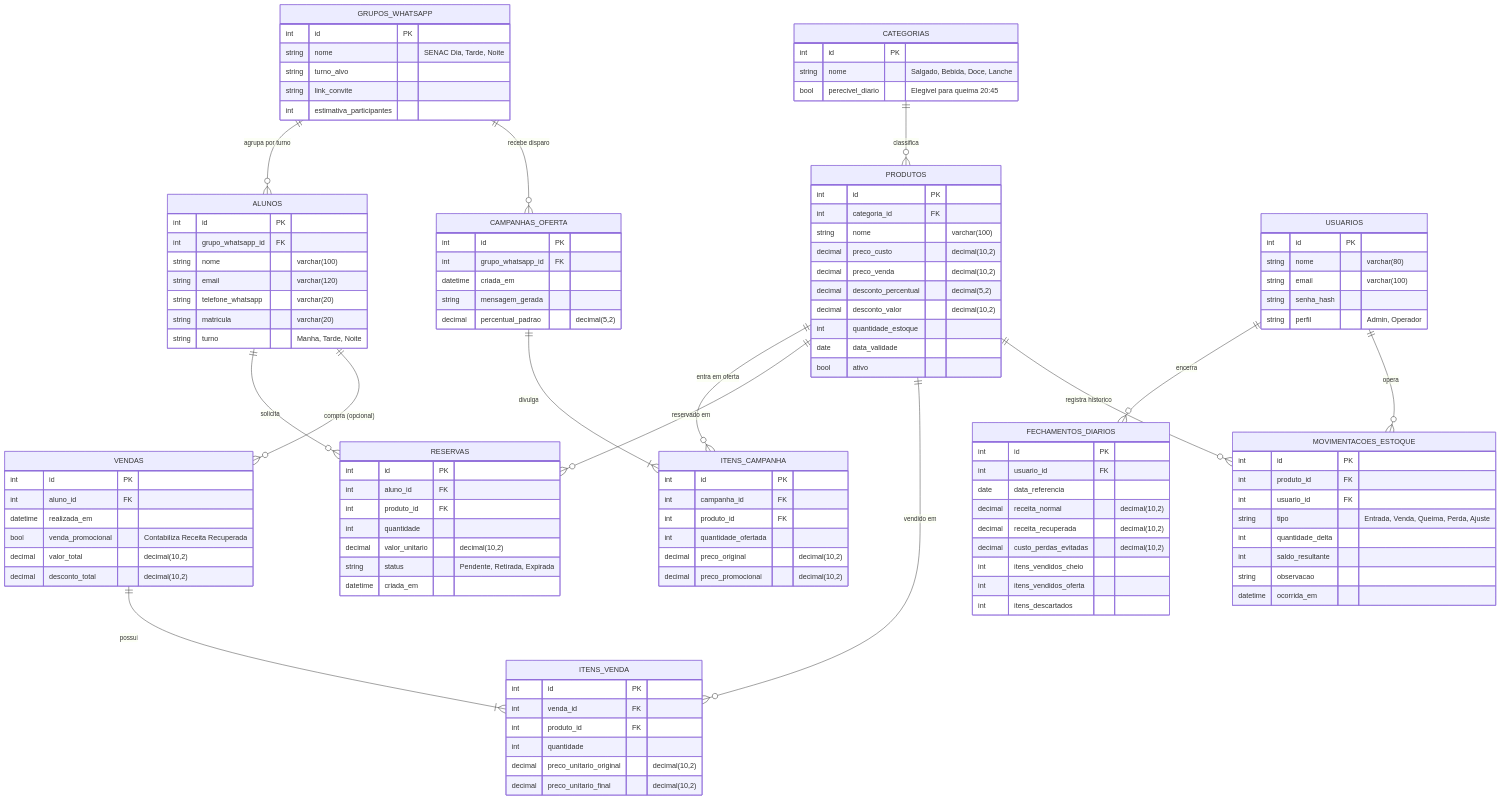
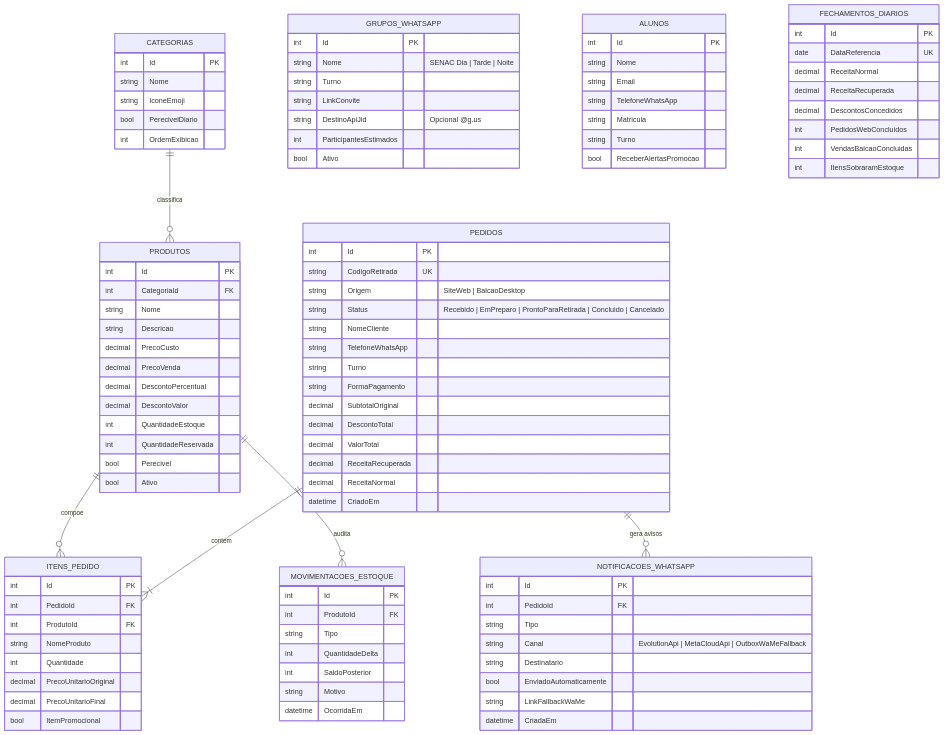
The third of 3 diagrams in README.md (Digooow/Projeto-Integrador-SENAC-JOINVILLE), drawn with Mermaid before and after one commit. The commit also changed other lines of this file and 94 other files, not shown here.

Commit message:
feat: evolve to Clean Architecture with Web Storefront, WhatsApp gateway, WPF Backoffice, and free cloud deploy

````diff
--- a/README.md
+++ b/README.md
@@ -242,129 +156,111 @@
 ```mermaid
 erDiagram
     CATEGORIAS ||--o{ PRODUTOS : "classifica"
-    PRODUTOS ||--o{ MOVIMENTACOES_ESTOQUE : "registra historico"
-    PRODUTOS ||--o{ ITENS_VENDA : "vendido em"
-    PRODUTOS ||--o{ RESERVAS : "reservado em"
-    PRODUTOS ||--o{ ITENS_CAMPANHA : "entra em oferta"
-    VENDAS ||--|{ ITENS_VENDA : "possui"
-    ALUNOS ||--o{ VENDAS : "compra (opcional)"
-    ALUNOS ||--o{ RESERVAS : "solicita"
-    GRUPOS_WHATSAPP ||--o{ CAMPANHAS_OFERTA : "recebe disparo"
-    GRUPOS_WHATSAPP ||--o{ ALUNOS : "agrupa por turno"
-    CAMPANHAS_OFERTA ||--|{ ITENS_CAMPANHA : "divulga"
-    USUARIOS ||--o{ MOVIMENTACOES_ESTOQUE : "opera"
-    USUARIOS ||--o{ FECHAMENTOS_DIARIOS : "encerra"
+    PRODUTOS ||--o{ ITENS_PEDIDO : "compoe"
+    PRODUTOS ||--o{ MOVIMENTACOES_ESTOQUE : "audita"
+    PEDIDOS ||--|{ ITENS_PEDIDO : "contem"
+    PEDIDOS ||--o{ NOTIFICACOES_WHATSAPP : "gera avisos"
 
     CATEGORIAS {
-        int id PK
-        string nome "Salgado, Bebida, Doce, Lanche"
-        bool perecivel_diario "Elegivel para queima 20:45"
+        int Id PK
+        string Nome
+        string IconeEmoji
+        bool PerecivelDiario
+        int OrdemExibicao
     }
 
     PRODUTOS {
-        int id PK
-        int categoria_id FK
-        string nome "varchar(100)"
-        decimal preco_custo "decimal(10,2)"
-        decimal preco_venda "decimal(10,2)"
-        decimal desconto_percentual "decimal(5,2)"
-        decimal desconto_valor "decimal(10,2)"
-        int quantidade_estoque
-        date data_validade
-        bool ativo
+        int Id PK
+        int CategoriaId FK
+        string Nome
+        string Descricao
+        decimal PrecoCusto
+        decimal PrecoVenda
+        decimal DescontoPercentual
+        decimal DescontoValor
+        int QuantidadeEstoque
+        int QuantidadeReservada
+        bool Perecivel
+        bool Ativo
+    }
+
+    PEDIDOS {
+        int Id PK
+        string CodigoRetirada UK
+        string Origem "SiteWeb | BalcaoDesktop"
+        string Status "Recebido | EmPreparo | ProntoParaRetirada | Concluido | Cancelado"
+        string NomeCliente
+        string TelefoneWhatsApp
+        string Turno
+        string FormaPagamento
+        decimal SubtotalOriginal
+        decimal DescontoTotal
+        decimal ValorTotal
+        decimal ReceitaRecuperada
+        decimal ReceitaNormal
+        datetime CriadoEm
+    }
+
+    ITENS_PEDIDO {
+        int Id PK
+        int PedidoId FK
+        int ProdutoId FK
+        string NomeProduto
+        int Quantidade
+        decimal PrecoUnitarioOriginal
+        decimal PrecoUnitarioFinal
+        bool ItemPromocional
+    }
+
+    GRUPOS_WHATSAPP {
+        int Id PK
+        string Nome "SENAC Dia | Tarde | Noite"
+        string Turno
+        string LinkConvite
+        string DestinoApiJid "Opcional @g.us"
+        int ParticipantesEstimados
+        bool Ativo
     }
 
     ALUNOS {
-        int id PK
-        int grupo_whatsapp_id FK
-        string nome "varchar(100)"
-        string email "varchar(120)"
-        string telefone_whatsapp "varchar(20)"
-        string matricula "varchar(20)"
-        string turno "Manha, Tarde, Noite"
+        int Id PK
+        string Nome
+        string Email
+        string TelefoneWhatsApp
+        string Matricula
+        string Turno
+        bool ReceberAlertasPromocao
     }
 
-    GRUPOS_WHATSAPP {
-        int id PK
-        string nome "SENAC Dia, Tarde, Noite"
-        string turno_alvo
-        string link_convite
-        int estimativa_participantes
-    }
-
-    CAMPANHAS_OFERTA {
-        int id PK
-        int grupo_whatsapp_id FK
-        datetime criada_em
-        string mensagem_gerada
-        decimal percentual_padrao "decimal(5,2)"
-    }
-
-    ITENS_CAMPANHA {
-        int id PK
-        int campanha_id FK
-        int produto_id FK
-        int quantidade_ofertada
-        decimal preco_original "decimal(10,2)"
-        decimal preco_promocional "decimal(10,2)"
-    }
-
-    RESERVAS {
-        int id PK
-        int aluno_id FK
-        int produto_id FK
-        int quantidade
-        decimal valor_unitario "decimal(10,2)"
-        string status "Pendente, Retirada, Expirada"
-        datetime criada_em
-    }
-
-    VENDAS {
-        int id PK
-        int aluno_id FK
-        datetime realizada_em
-        bool venda_promocional "Contabiliza Receita Recuperada"
-        decimal valor_total "decimal(10,2)"
-        decimal desconto_total "decimal(10,2)"
-    }
-
-    ITENS_VENDA {
-        int id PK
-        int venda_id FK
-        int produto_id FK
-        int quantidade
-        decimal preco_unitario_original "decimal(10,2)"
-        decimal preco_unitario_final "decimal(10,2)"
+    NOTIFICACOES_WHATSAPP {
+        int Id PK
+        int PedidoId FK
+        string Tipo
+        string Canal "EvolutionApi | MetaCloudApi | OutboxWaMeFallback"
+        string Destinatario
+        bool EnviadoAutomaticamente
+        string LinkFallbackWaMe
+        datetime CriadaEm
     }
 
     MOVIMENTACOES_ESTOQUE {
-        int id PK
-        int produto_id FK
-        int usuario_id FK
-        string tipo "Entrada, Venda, Queima, Perda, Ajuste"
-        int quantidade_delta
-        int saldo_resultante
-        string observacao
-        datetime ocorrida_em
+        int Id PK
+        int ProdutoId FK
+        string Tipo
+        int QuantidadeDelta
+        int SaldoPosterior
+        string Motivo
+        datetime OcorridaEm
     }
 
     FECHAMENTOS_DIARIOS {
-        int id PK
-        int usuario_id FK
-        date data_referencia
-        decimal receita_normal "decimal(10,2)"
-        decimal receita_recuperada "decimal(10,2)"
-        decimal custo_perdas_evitadas "decimal(10,2)"
-        int itens_vendidos_cheio
-        int itens_vendidos_oferta
-        int itens_descartados
-    }
-
-    USUARIOS {
-        int id PK
-        string nome "varchar(80)"
-        string email "varchar(100)"
-        string senha_hash
-        string perfil "Admin, Operador"
+        int Id PK
+        date DataReferencia UK
+        decimal ReceitaNormal
+        decimal ReceitaRecuperada
+        decimal DescontosConcedidos
+        int PedidosWebConcluidos
+        int VendasBalcaoConcluidas
+        int ItensSobraramEstoque
     }
 ```
````
